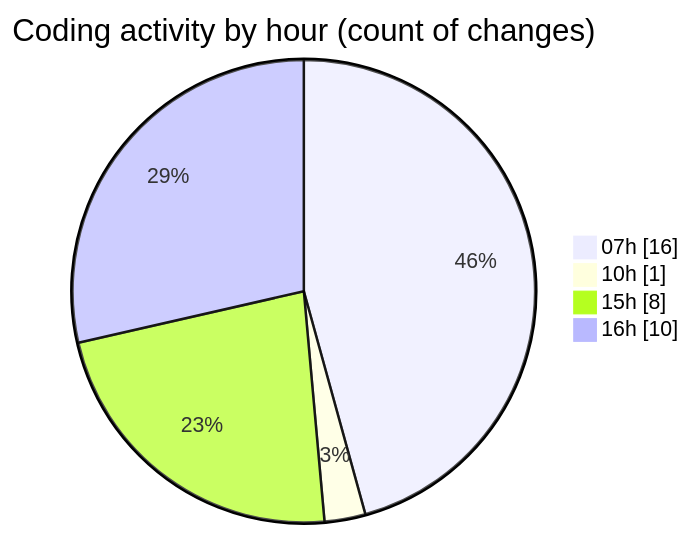
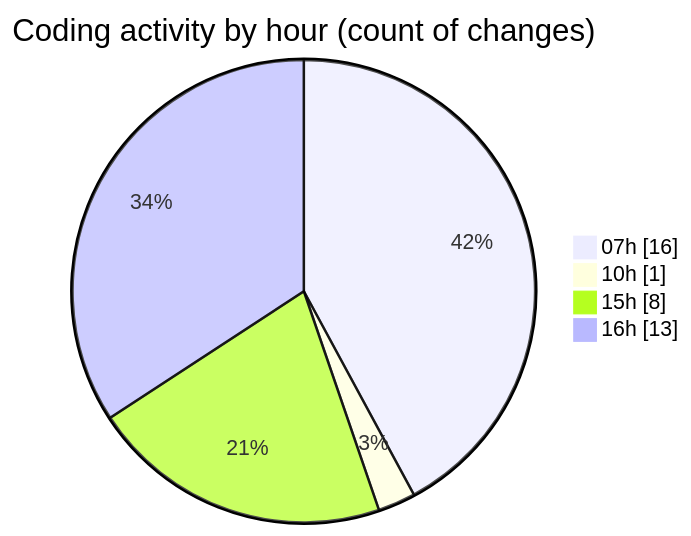
One commit to robertbonfada/code-tracking changed the second of 2 diagrams in 2025-03-07/mbc-web/README.md. Above: the diagram before and after it, drawn with Mermaid. The commit also changed other lines of this file and 1 other file, not shown here.

````diff
--- a/2025-03-07/mbc-web/README.md
+++ b/2025-03-07/mbc-web/README.md
@@ -37,8 +38,8 @@
 ```mermaid
 pie showData
 title Coding activity by hour (count of changes)
 "07h" : 16
 "10h" : 1
 "15h" : 8
-"16h" : 10
+"16h" : 13
 ```
````
